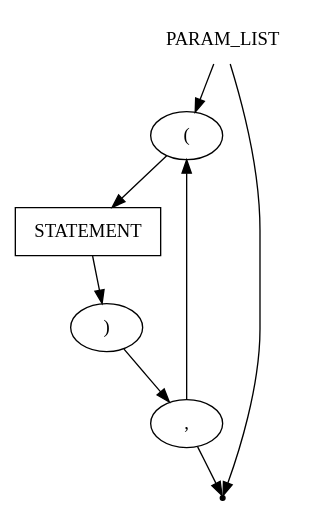
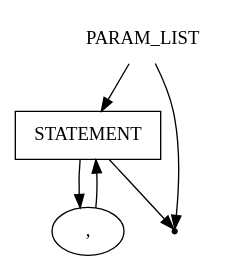
Before and after one commit to IMZolin/PSAD: the diagram in src/PSADParser/grammar/param_list.gv, drawn with Graphviz. The commit also changed 10 other files, not shown here.

```diff
--- a/src/PSADParser/grammar/param_list.gv
+++ b/src/PSADParser/grammar/param_list.gv
@@ -1,16 +1,12 @@
 digraph PARAM_LIST {
     start [label=PARAM_LIST shape=plaintext]
-    br_open [label="(" shape=oval]
-    br_close [label=")" shape=oval]
     statement [label=STATEMENT shape=box]
     comma [label="," shape=oval]
     end [label="" shape=point]
 
-    start -> br_open
-    br_open -> statement
-    statement -> br_close
-    br_close -> comma
-    comma -> br_open
-    comma -> end
+    start -> statement
+    statement -> comma
+    comma -> statement
+    statement -> end
     start -> end
 }
```
